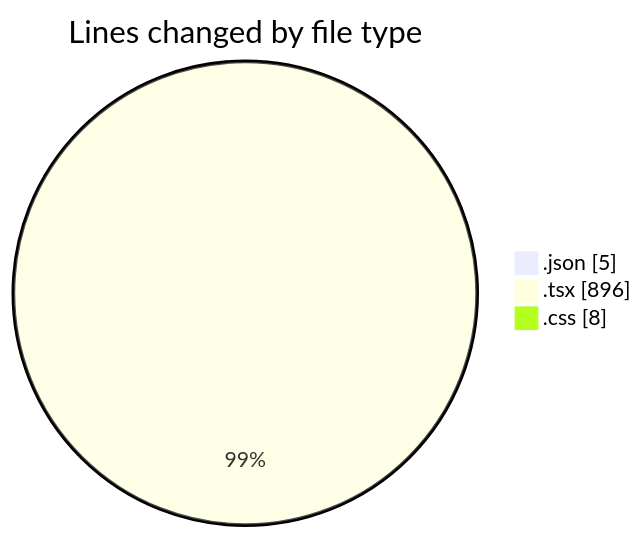
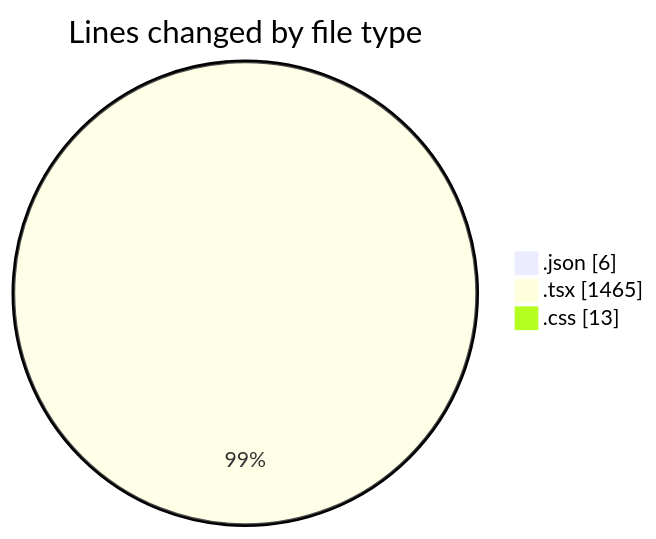
The first of 2 diagrams in 2025-04-07/sungpt/README.md (Elitesun/code-tracking), drawn with Mermaid before and after one commit. The commit also changed other lines of this file and 1 other file, not shown here.

````diff
--- a/2025-04-07/sungpt/README.md
+++ b/2025-04-07/sungpt/README.md
@@ -27,7 +27,7 @@
 ```mermaid
 pie showData
 title Lines changed by file type
-".json" : 5
-".tsx" : 896
-".css" : 8
+".json" : 6
+".tsx" : 1465
+".css" : 13
 ```
````
